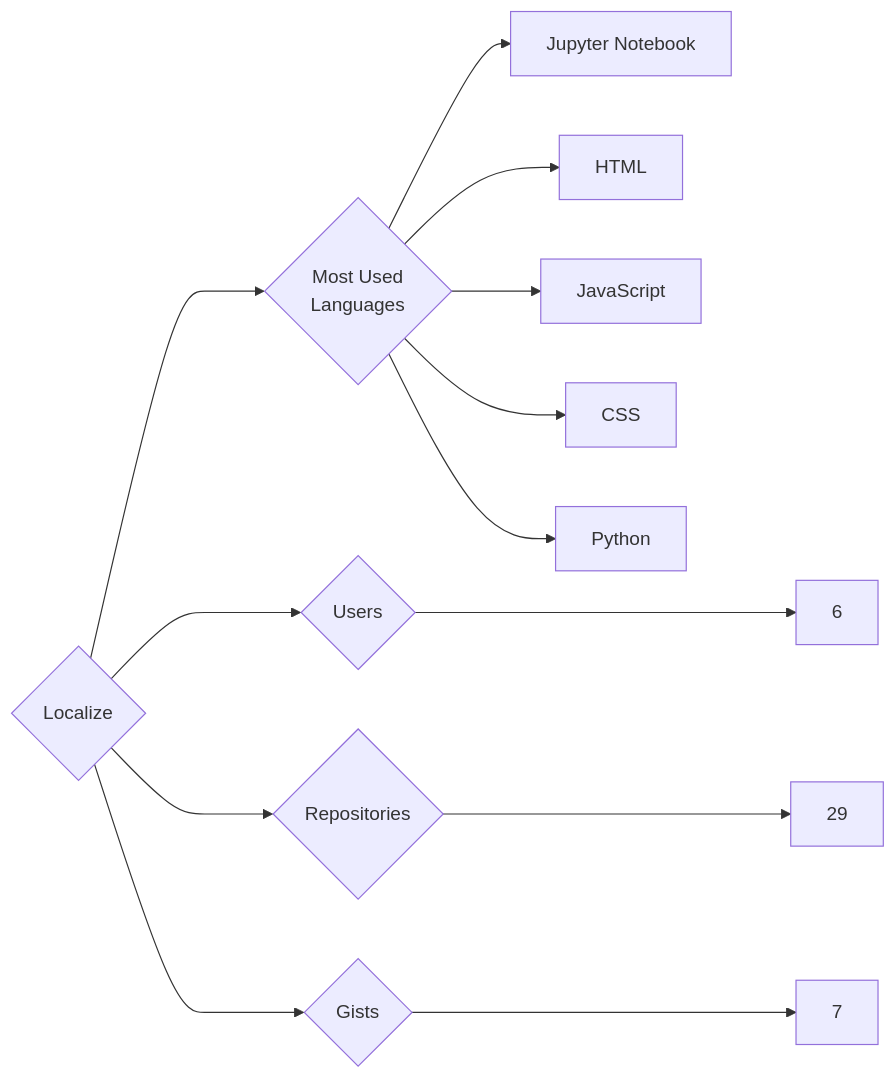
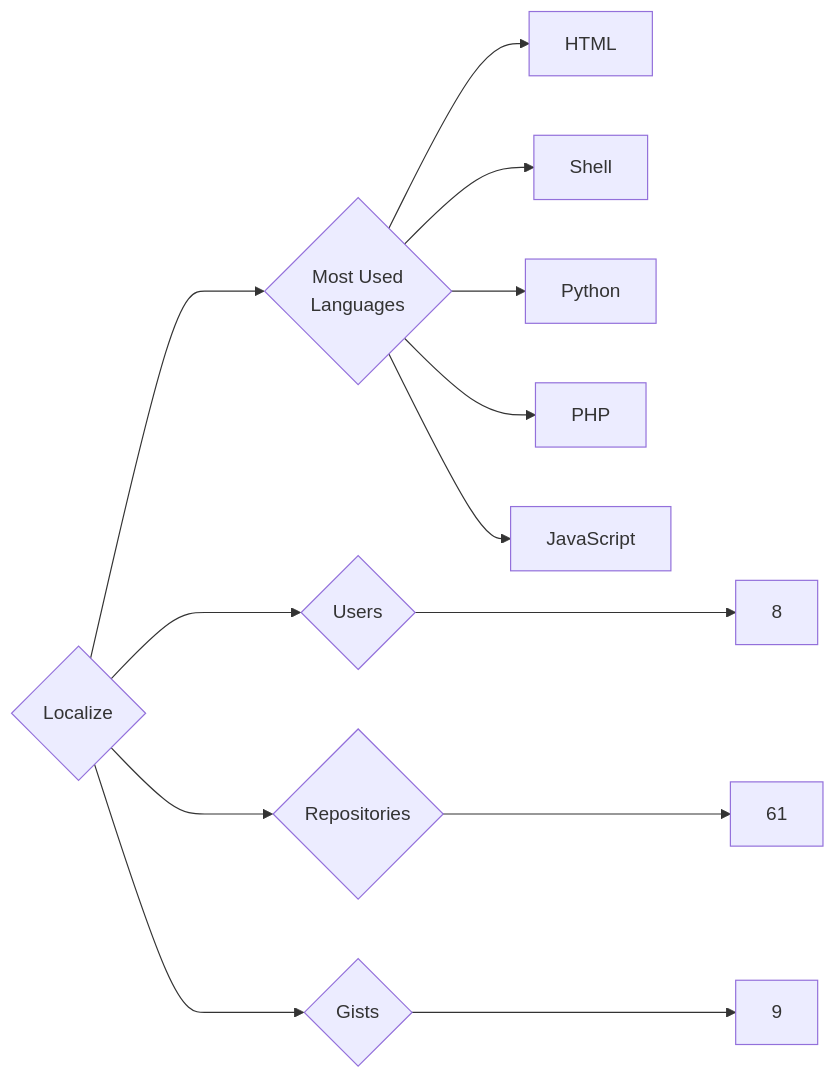
Before and after one commit to trickest/insiders: the diagram in targets/Localize/README.md, drawn with Mermaid. The commit also changed 837 other files, not shown here.

````diff
--- a/targets/Localize/README.md
+++ b/targets/Localize/README.md
@@ -3,13 +3,13 @@
 ```mermaid
 graph LR
 COMPANY_NAME{Localize}
-COMPANY_NAME ---> U{Users} ---> UN[6]
-COMPANY_NAME ---> R{Repositories} ---> RN[29]
-COMPANY_NAME ---> G{Gists} ---> GN[7]
+COMPANY_NAME ---> U{Users} ---> UN[8]
+COMPANY_NAME ---> R{Repositories} ---> RN[61]
+COMPANY_NAME ---> G{Gists} ---> GN[9]
 COMPANY_NAME ---> ML{Most Used<br>Languages}
-ML --> Jupyter_Notebook[Jupyter Notebook]
 ML --> HTML[HTML]
+ML --> Shell[Shell]
+ML --> Python[Python]
+ML --> PHP[PHP]
 ML --> JavaScript[JavaScript]
-ML --> CSS[CSS]
-ML --> Python[Python]
 ```
````
